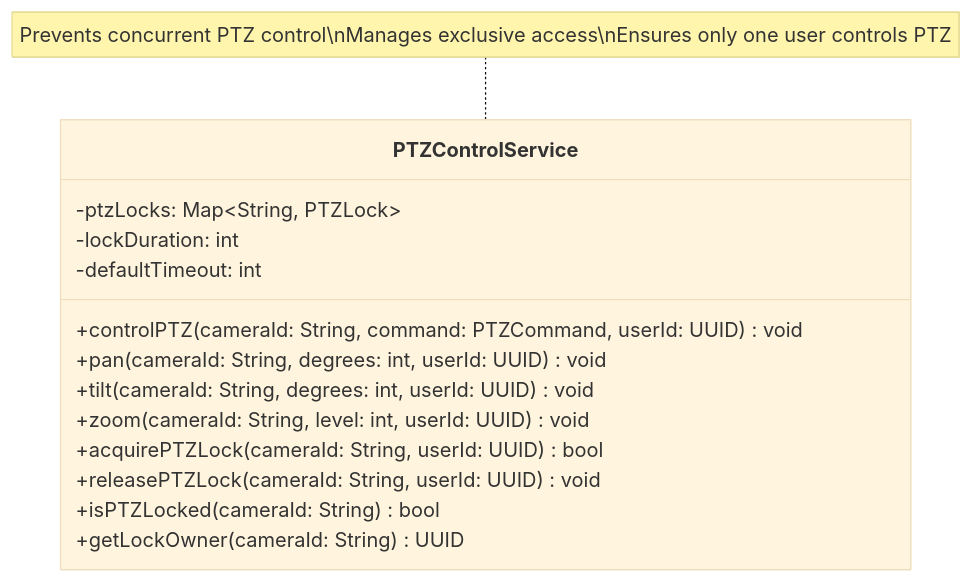
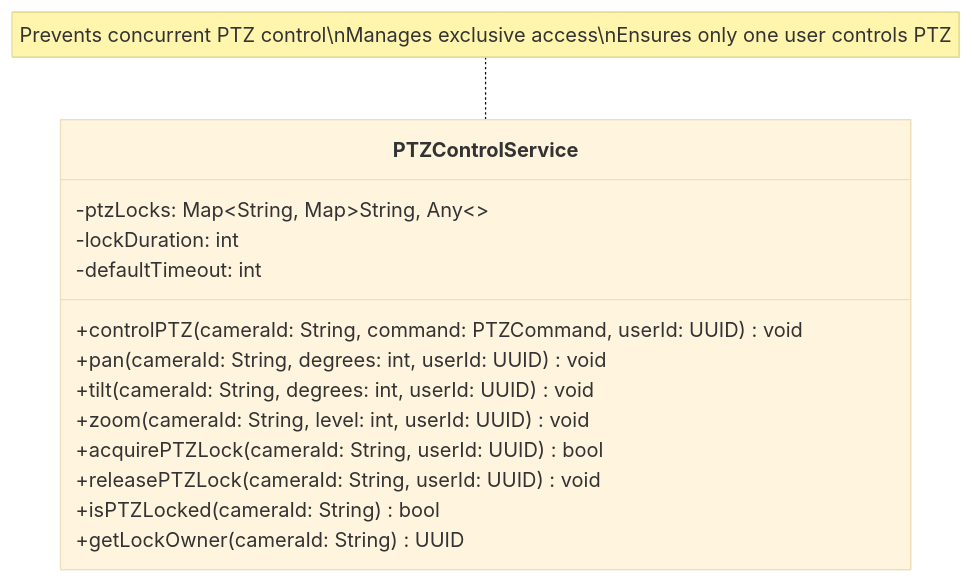
Before and after one commit to mj010101/swe_25f: the sixth of 13 diagrams in diagrams/business_class_diagram.md, drawn with Mermaid (base theme). The commit also changed other lines of this file and 4 other files, not shown here.

````diff
--- a/diagrams/business_class_diagram.md
+++ b/diagrams/business_class_diagram.md
@@ -262,20 +205,20 @@
 ```mermaid
 classDiagram
     direction TB
 
     class PTZControlService {
-        -ptzLocks: Map~String, PTZLock~
+        -ptzLocks: Map~String, Map~String, Any~~
         -lockDuration: int
         -defaultTimeout: int
         +controlPTZ(cameraId: String, command: PTZCommand, userId: UUID) void
         +pan(cameraId: String, degrees: int, userId: UUID) void
         +tilt(cameraId: String, degrees: int, userId: UUID) void
         +zoom(cameraId: String, level: int, userId: UUID) void
         +acquirePTZLock(cameraId: String, userId: UUID) bool
         +releasePTZLock(cameraId: String, userId: UUID) void
         +isPTZLocked(cameraId: String) bool
         +getLockOwner(cameraId: String) UUID
     }
 
     note for PTZControlService "Prevents concurrent PTZ control\nManages exclusive access\nEnsures only one user controls PTZ"
 ```
````
